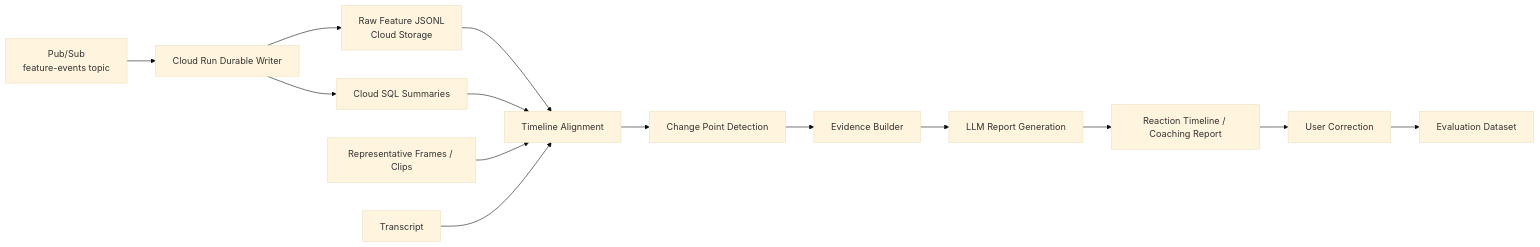
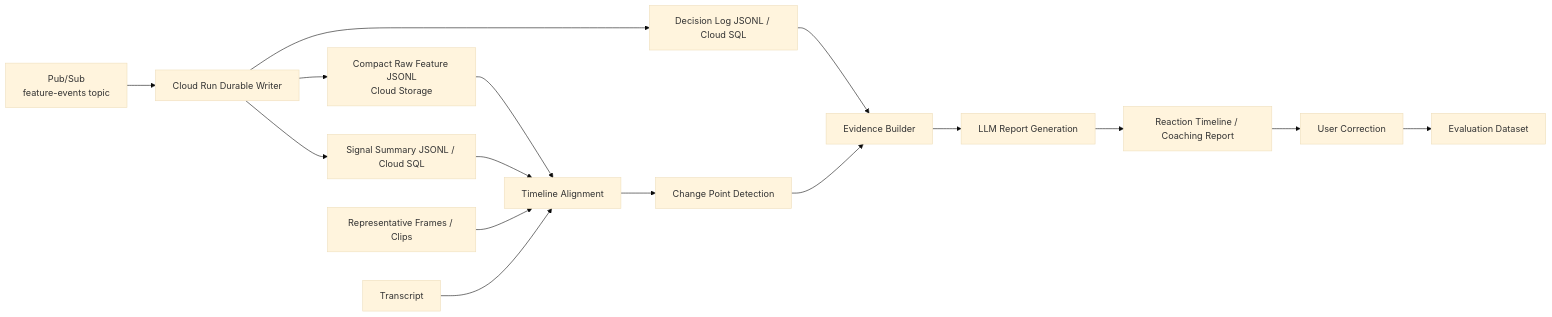
The sixth of 6 diagrams in plan/1st-plan.md (k-kanke/reaction-engine), drawn with Mermaid (base theme) before and after one commit. The commit also changed other lines of this file and 9 other files, not shown here.

````diff
--- a/plan/1st-plan.md
+++ b/plan/1st-plan.md
@@ -393,30 +403,33 @@
 ```mermaid
 flowchart LR
   stream["Pub/Sub<br/>feature-events topic"]
   writer["Cloud Run Durable Writer"]
-  events["Raw Feature JSONL<br/>Cloud Storage"]
-  summaries["Cloud SQL Summaries"]
+  events["Compact Raw Feature JSONL<br/>Cloud Storage"]
+  signalSummaries["Signal Summary JSONL / Cloud SQL"]
+  decisionLogs["Decision Log JSONL / Cloud SQL"]
   media["Representative Frames / Clips"]
   transcript["Transcript"]
   align["Timeline Alignment"]
   change["Change Point Detection"]
   evidence["Evidence Builder"]
   llm["LLM Report Generation"]
   report["Reaction Timeline / Coaching Report"]
   feedback["User Correction"]
   eval["Evaluation Dataset"]
 
   stream --> writer
   writer --> events
-  writer --> summaries
+  writer --> signalSummaries
+  writer --> decisionLogs
   events --> align
-  summaries --> align
+  signalSummaries --> align
+  decisionLogs --> evidence
   media --> align
   transcript --> align
   align --> change
   change --> evidence
   evidence --> llm
   llm --> report
   report --> feedback
   feedback --> eval
 ```
````
